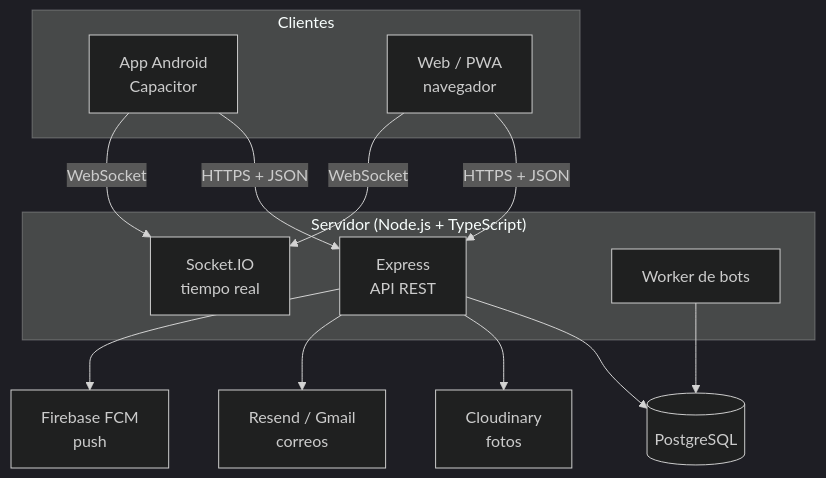
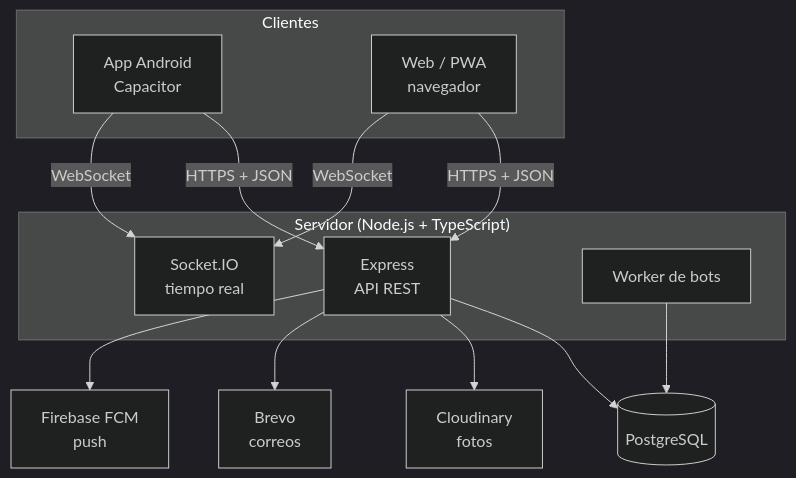
Before and after one commit to NotAlex456/EcoEstudiante: the first of 8 diagrams in docs/backend-explicado.md, drawn with Mermaid (dark theme). The commit also changed other lines of this file and 5 other files, not shown here.

````diff
--- a/docs/backend-explicado.md
+++ b/docs/backend-explicado.md
@@ -54,24 +54,24 @@
 ```mermaid
 flowchart TB
   subgraph Clientes
     A[App Android<br/>Capacitor]
     W[Web / PWA<br/>navegador]
   end
   subgraph Servidor["Servidor (Node.js + TypeScript)"]
     E[Express<br/>API REST]
     S[Socket.IO<br/>tiempo real]
     B[Worker de bots]
   end
   DB[(PostgreSQL)]
   C[Cloudinary<br/>fotos]
-  M[Resend / Gmail<br/>correos]
+  M[Brevo<br/>correos]
   F[Firebase FCM<br/>push]
 
   A & W -- HTTPS + JSON --> E
   A & W -- WebSocket --> S
   E --> DB
   B --> DB
   E --> C
   E --> M
   E --> F
 ```
````
